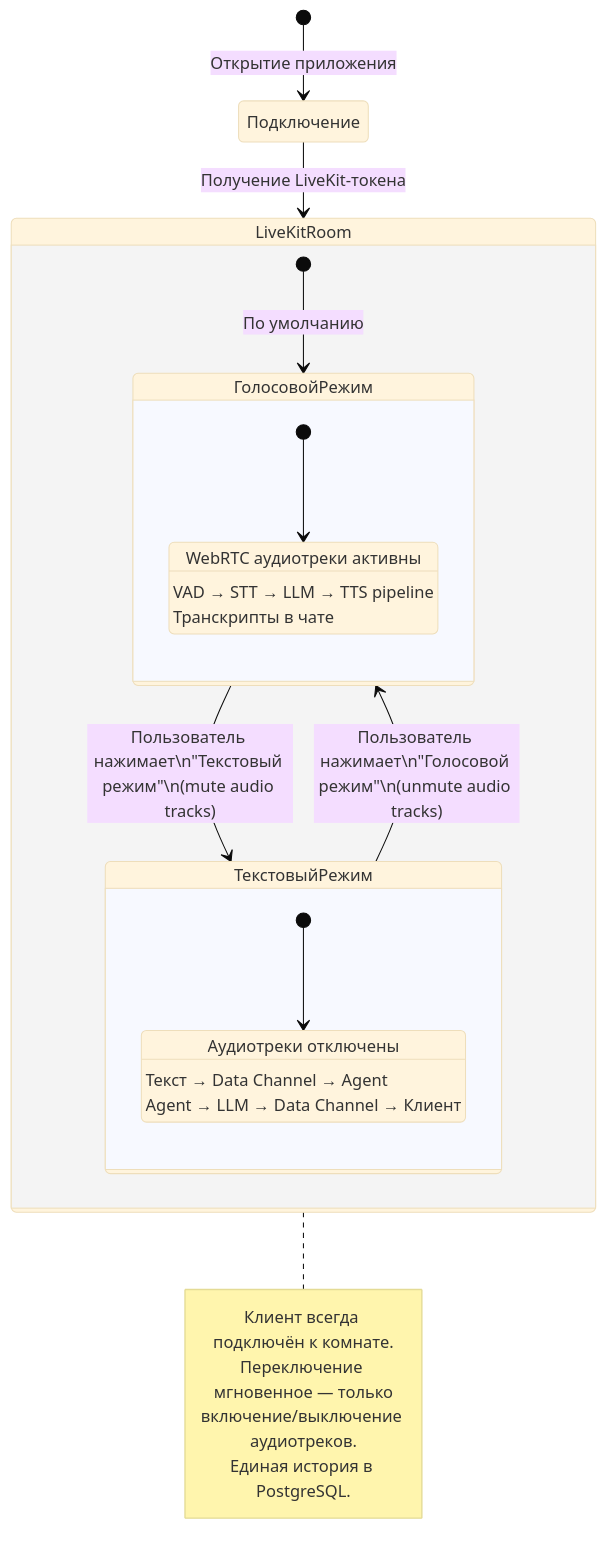
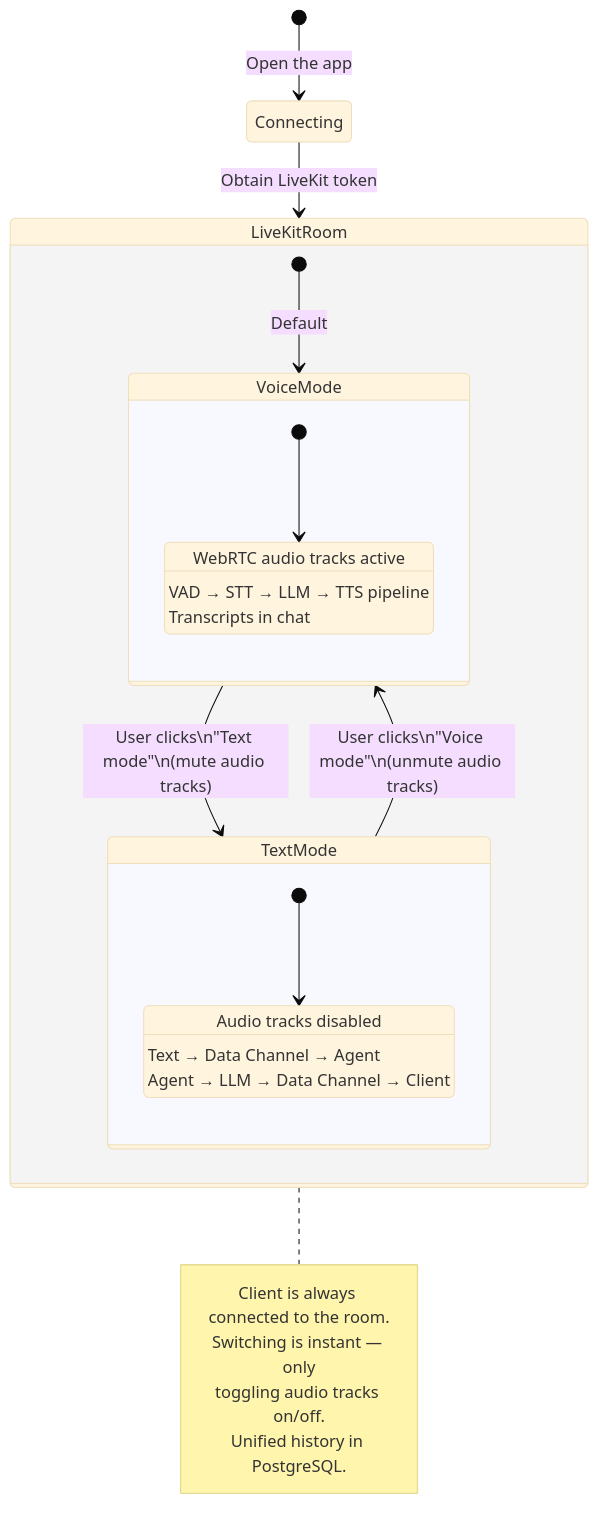
One commit to itechmeat/twype-voice changed the tenth of 25 diagrams in docs/architecture.md. Above: the diagram before and after it, drawn with Mermaid (base theme). The commit also changed other lines of this file and 30 other files, not shown here.

````diff
--- a/docs/architecture.md
+++ b/docs/architecture.md
@@ -459,33 +459,33 @@
 ```mermaid
 stateDiagram-v2
-    [*] --> Подключение: Открытие приложения
-    Подключение --> LiveKitRoom: Получение LiveKit-токена
+    [*] --> Connecting: Open the app
+    Connecting --> LiveKitRoom: Obtain LiveKit token
 
     state LiveKitRoom {
-        [*] --> ГолосовойРежим: По умолчанию
+        [*] --> VoiceMode: Default
 
-        state ГолосовойРежим {
-            [*] --> АудиоАктивно
-            АудиоАктивно: WebRTC аудиотреки активны
-            АудиоАктивно: VAD → STT → LLM → TTS pipeline
-            АудиоАктивно: Транскрипты в чате
+        state VoiceMode {
+            [*] --> AudioActive
+            AudioActive: WebRTC audio tracks active
+            AudioActive: VAD → STT → LLM → TTS pipeline
+            AudioActive: Transcripts in chat
         }
 
-        state ТекстовыйРежим {
-            [*] --> ДатаКанал
-            ДатаКанал: Аудиотреки отключены
-            ДатаКанал: Текст → Data Channel → Agent
-            ДатаКанал: Agent → LLM → Data Channel → Клиент
+        state TextMode {
+            [*] --> DataChannel
+            DataChannel: Audio tracks disabled
+            DataChannel: Text → Data Channel → Agent
+            DataChannel: Agent → LLM → Data Channel → Client
         }
 
-        ГолосовойРежим --> ТекстовыйРежим: Пользователь нажимает\n"Текстовый режим"\n(mute audio tracks)
-        ТекстовыйРежим --> ГолосовойРежим: Пользователь нажимает\n"Голосовой режим"\n(unmute audio tracks)
+        VoiceMode --> TextMode: User clicks\n"Text mode"\n(mute audio tracks)
+        TextMode --> VoiceMode: User clicks\n"Voice mode"\n(unmute audio tracks)
     }
 
     note right of LiveKitRoom
-        Клиент всегда подключён к комнате.
-        Переключение мгновенное — только
-        включение/выключение аудиотреков.
-        Единая история в PostgreSQL.
+        Client is always connected to the room.
+        Switching is instant — only
+        toggling audio tracks on/off.
+        Unified history in PostgreSQL.
     end note
 ```
````
